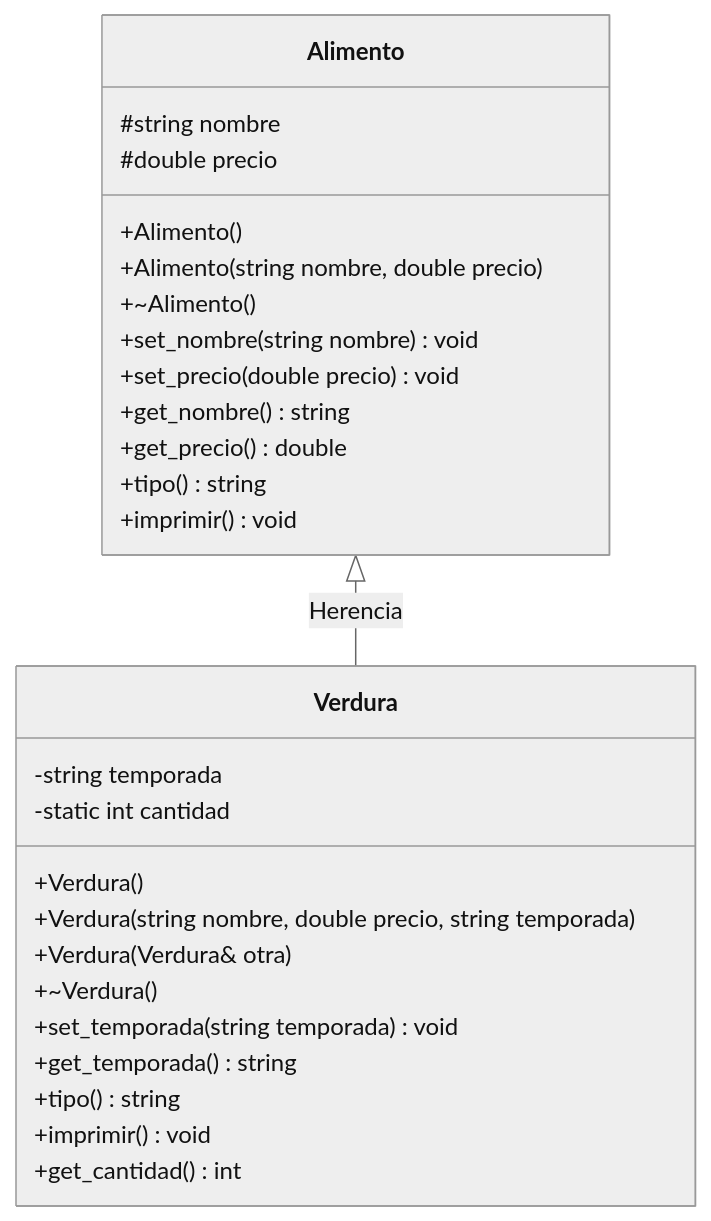
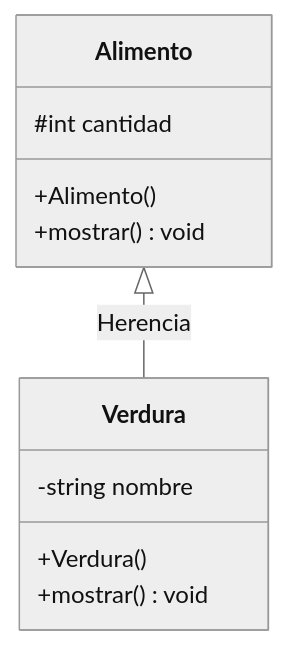
Before and after one commit to CursosProgramacionEP/PO_UTEC_Semana12: the diagram in A2_AlimentoVerdura/README.md, drawn with Mermaid (neutral theme). The commit also changed other lines of this file and 13 other files, not shown here.

````diff
--- a/A2_AlimentoVerdura/README.md
+++ b/A2_AlimentoVerdura/README.md
@@ -9,30 +11,14 @@
 ```mermaid
 classDiagram
     class Alimento {
-        #string nombre
-        #double precio
+        #int cantidad
         +Alimento()
-        +Alimento(string nombre, double precio)
-        +~Alimento()
-        +set_nombre(string nombre) void
-        +set_precio(double precio) void
-        +get_nombre() string
-        +get_precio() double
-        +tipo() string
-        +imprimir() void
+        +mostrar() void
     }
     class Verdura {
-        -string temporada
-        -static int cantidad
+        -string nombre
         +Verdura()
-        +Verdura(string nombre, double precio, string temporada)
-        +Verdura(Verdura& otra)
-        +~Verdura()
-        +set_temporada(string temporada) void
-        +get_temporada() string
-        +tipo() string
-        +imprimir() void
-        +get_cantidad() int
+        +mostrar() void
     }
     Alimento <|-- Verdura : Herencia
 ```
````
